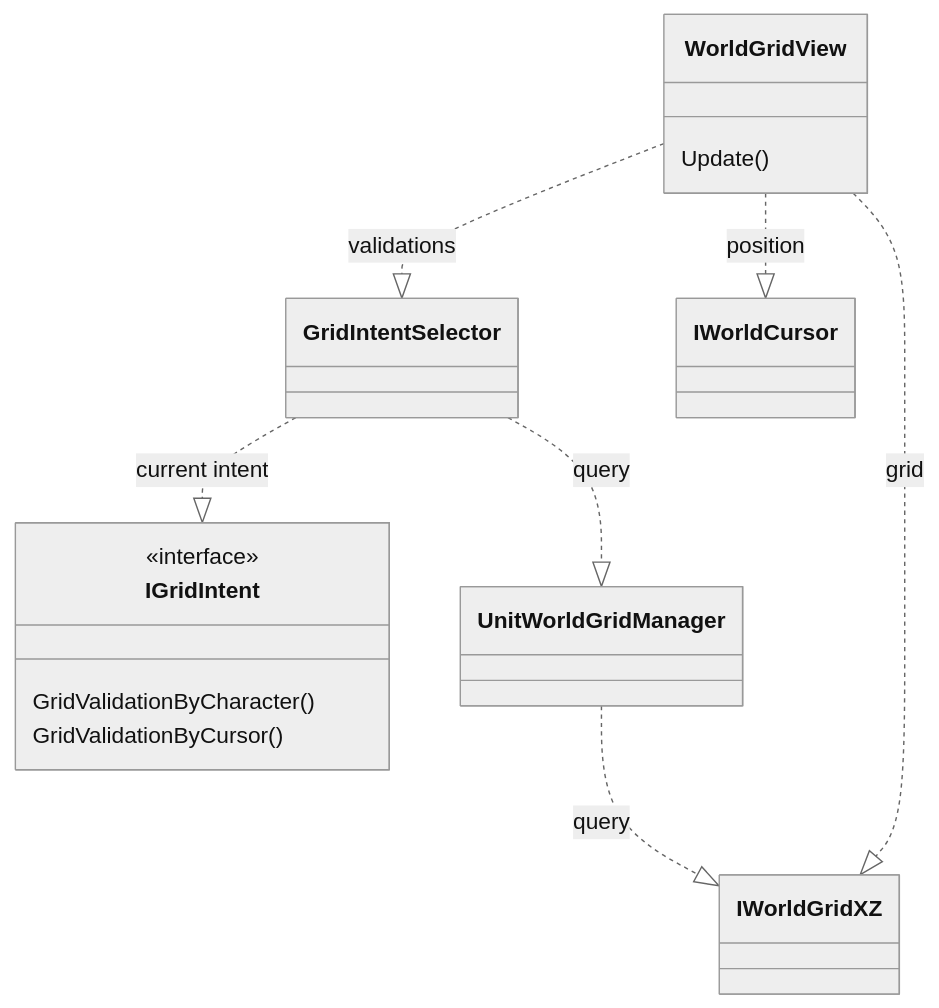
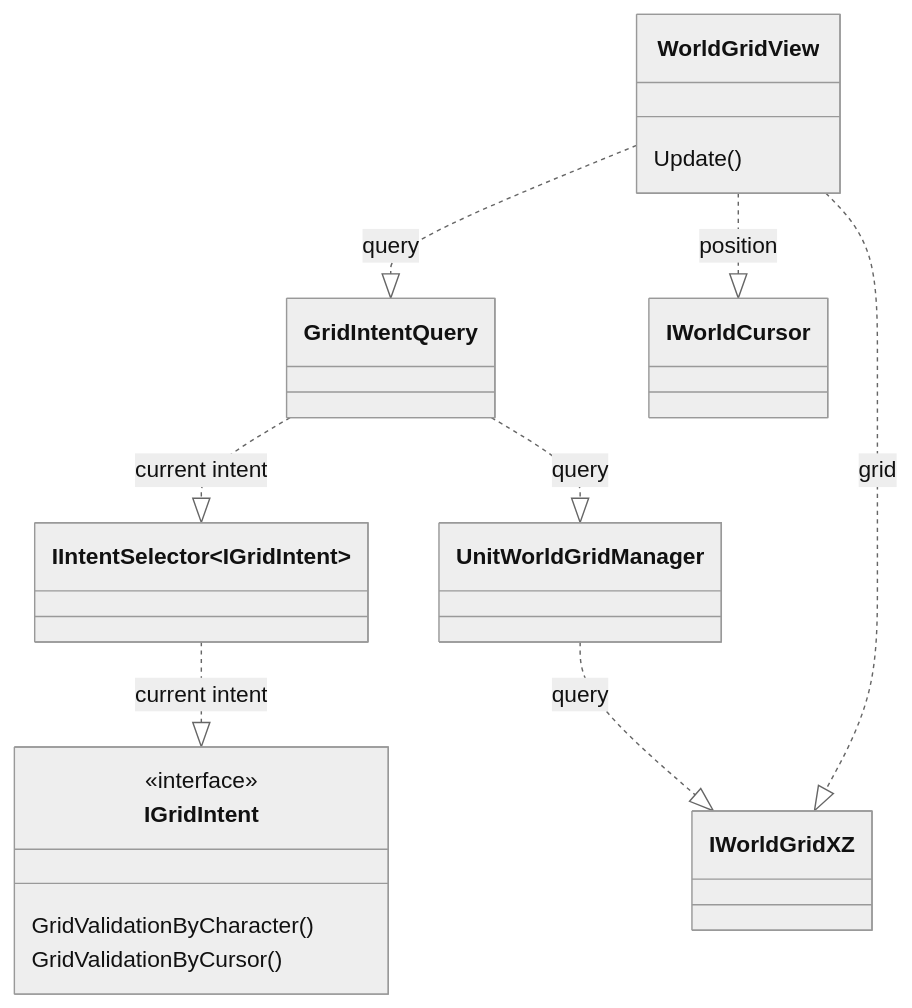
Before and after one commit to BrunoBiluca/course-xcom-game: the fourth of 6 diagrams in Docs/documentation.md, drawn with Mermaid (neutral theme). The commit also changed 1 other file, not shown here.

Commit message:
📝 Add documentation about Grid visualization

````diff
--- a/Docs/documentation.md
+++ b/Docs/documentation.md
@@ -138,20 +138,21 @@
 ```mermaid
 classDiagram
 
 class IGridIntent {
     <<interface>>
     GridValidationByCharacter()
     GridValidationByCursor()
 }
 
 class WorldGridView {
     Update()
 }
 
-GridIntentSelector ..|> IGridIntent : current intent
-GridIntentSelector ..|> UnitWorldGridManager : query
+IIntentSelector~IGridIntent~ ..|> IGridIntent : current intent
+GridIntentQuery ..|> IIntentSelector~IGridIntent~ : current intent
+GridIntentQuery ..|> UnitWorldGridManager : query
 UnitWorldGridManager ..|> IWorldGridXZ : query
-WorldGridView ..|> GridIntentSelector : validations
+WorldGridView ..|> GridIntentQuery : query
 WorldGridView ..|> IWorldGridXZ : grid
 WorldGridView ..|> IWorldCursor : position
 ```
````
